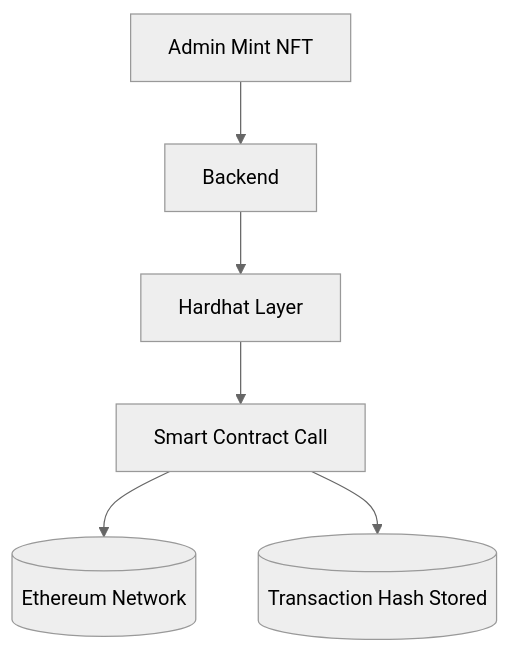
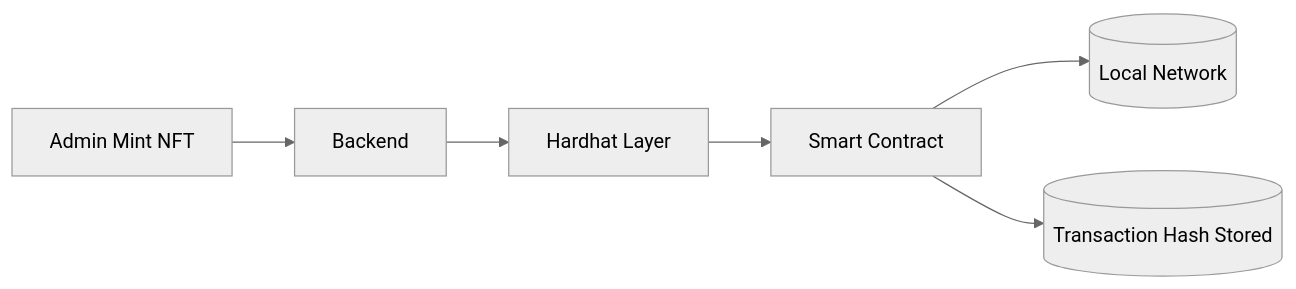
One commit to YashKerkarTech04/YAR-Coin-2.0 changed the sixth of 10 diagrams in README.md. Above: the diagram before and after it, drawn with Mermaid (neutral theme). The commit also changed other lines of this file, not shown here.

````diff
--- a/README.md
+++ b/README.md
@@ -156,8 +151,8 @@
 ```mermaid
-flowchart TD
+flowchart LR
     A[Admin Mint NFT] --> B[Backend]
     B --> C[Hardhat Layer]
-    C --> D[Smart Contract Call]
-    D --> E[(Ethereum Network)]
+    C --> D[Smart Contract]
+    D --> E[(Local Network)]
     D --> F[(Transaction Hash Stored)]
 ```
````
